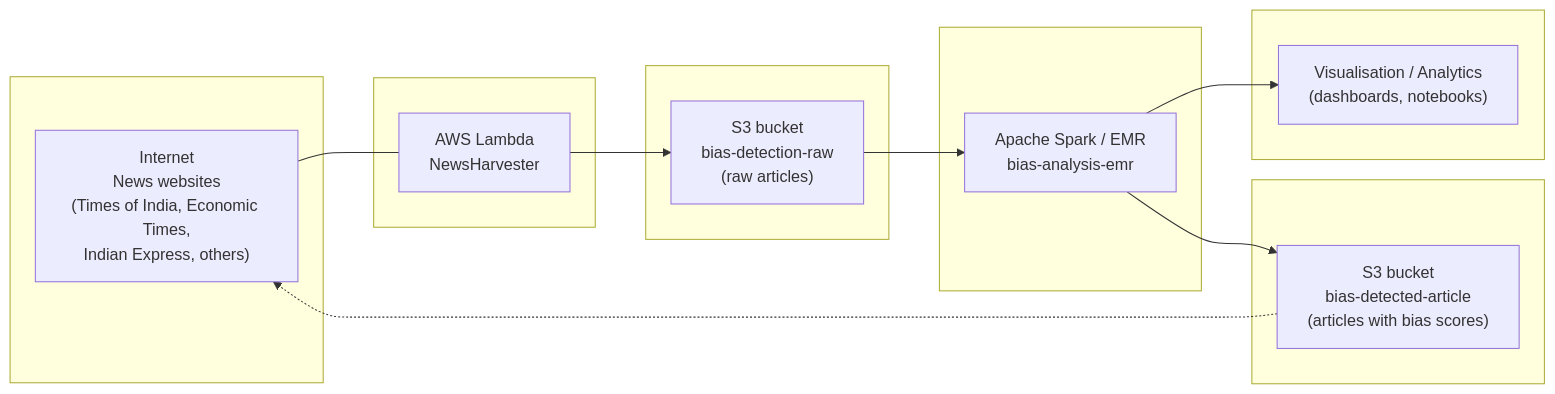
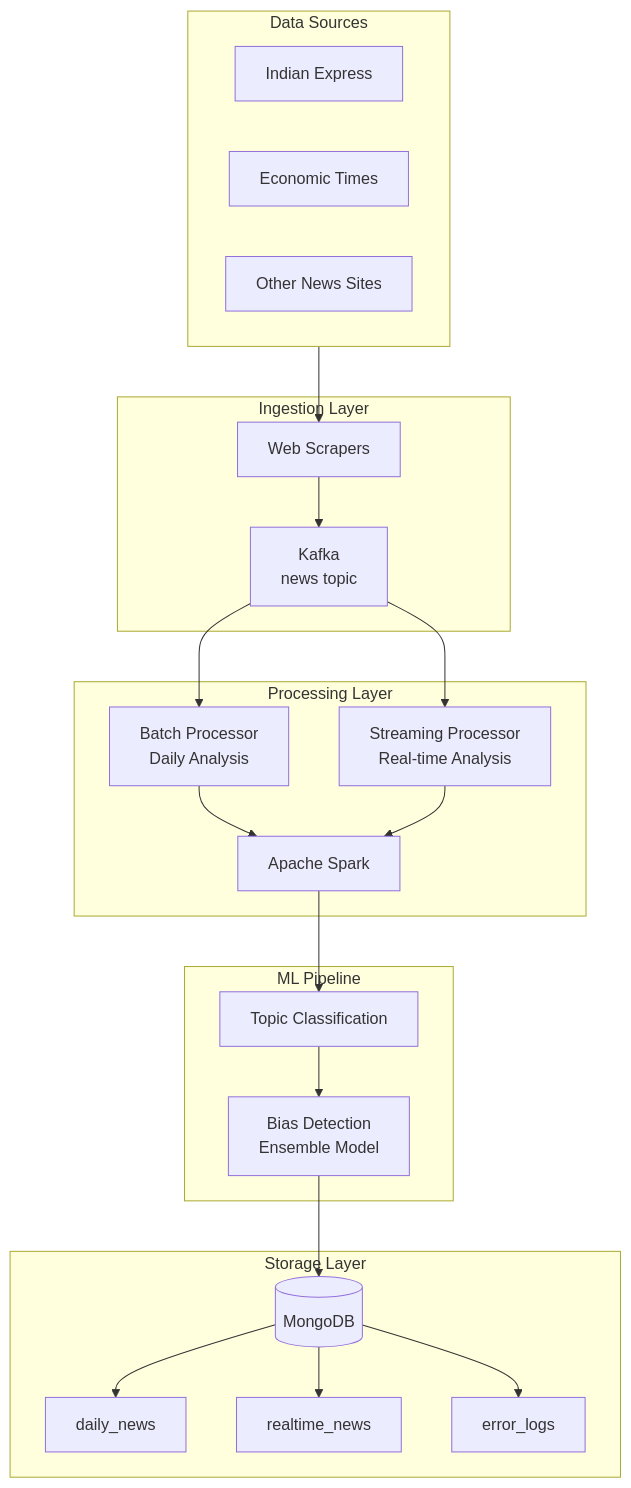
Before and after one commit to iisc-gbsa/bias-detection-in-news-media: the first of 2 diagrams in README.md, drawn with Mermaid. The commit also changed other lines of this file and 31 other files, not shown here.

First line of the commit message:
Enhance .gitignore with comprehensive patterns and expand README with detailed architecture documentation

````diff
--- a/README.md
+++ b/README.md
@@ -136,36 +28,44 @@
 ```mermaid
-flowchart LR
-    %% Ingestion layer
-    subgraph InternetLayer[ ]
-        I["Internet<br/>News websites<br/>(Times of India, Economic Times,<br/>Indian Express, others)"]
+flowchart TB
+    subgraph Sources["Data Sources"]
+        IE[Indian Express]
+        ET[Economic Times]
+        OTHER[Other News Sites]
     end
-
-    subgraph LambdaLayer[ ]
-        L["AWS Lambda<br/>NewsHarvester"]
+    
+    subgraph Ingestion["Ingestion Layer"]
+        SCRAPER[Web Scrapers]
+        KAFKA[Kafka<br/>news topic]
     end
-
-    subgraph RawBucket[ ]
-        R["S3 bucket<br/>bias-detection-raw<br/>(raw articles)"]
+    
+    subgraph Processing["Processing Layer"]
+        BATCH[Batch Processor<br/>Daily Analysis]
+        STREAM[Streaming Processor<br/>Real-time Analysis]
+        SPARK[Apache Spark]
     end
-
-    subgraph EMRLayer[ ]
-        S["Apache Spark / EMR<br/>bias-analysis-emr"]
+    
+    subgraph ML["ML Pipeline"]
+        CLASSIFY[Topic Classification]
+        BIAS[Bias Detection<br/>Ensemble Model]
     end
-
-    subgraph ScoredBucket[ ]
-        B["S3 bucket<br/>bias-detected-article<br/>(articles with bias scores)"]
+    
+    subgraph Storage["Storage Layer"]
+        MONGO[(MongoDB)]
+        DAILY[daily_news]
+        REALTIME[realtime_news]
+        ERRORS[error_logs]
     end
-
-    subgraph Visualization[ ]
-        V["Visualisation / Analytics<br/>(dashboards, notebooks)"]
-    end
-
-    I --- L
-    L --> R
-    R --> S
-    S --> B
-    S --> V
-
-    %% Optional feedback loop
-    B -.-> I
+    
+    Sources --> SCRAPER
+    SCRAPER --> KAFKA
+    KAFKA --> BATCH
+    KAFKA --> STREAM
+    BATCH --> SPARK
+    STREAM --> SPARK
+    SPARK --> CLASSIFY
+    CLASSIFY --> BIAS
+    BIAS --> MONGO
+    MONGO --> DAILY
+    MONGO --> REALTIME
+    MONGO --> ERRORS
 ```
````
